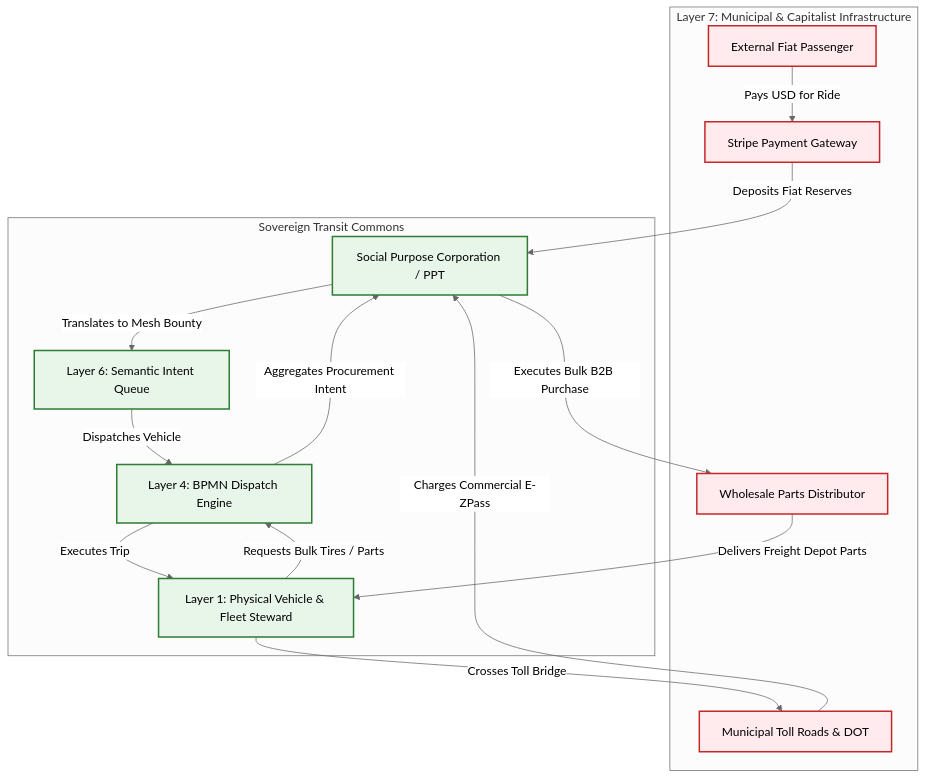
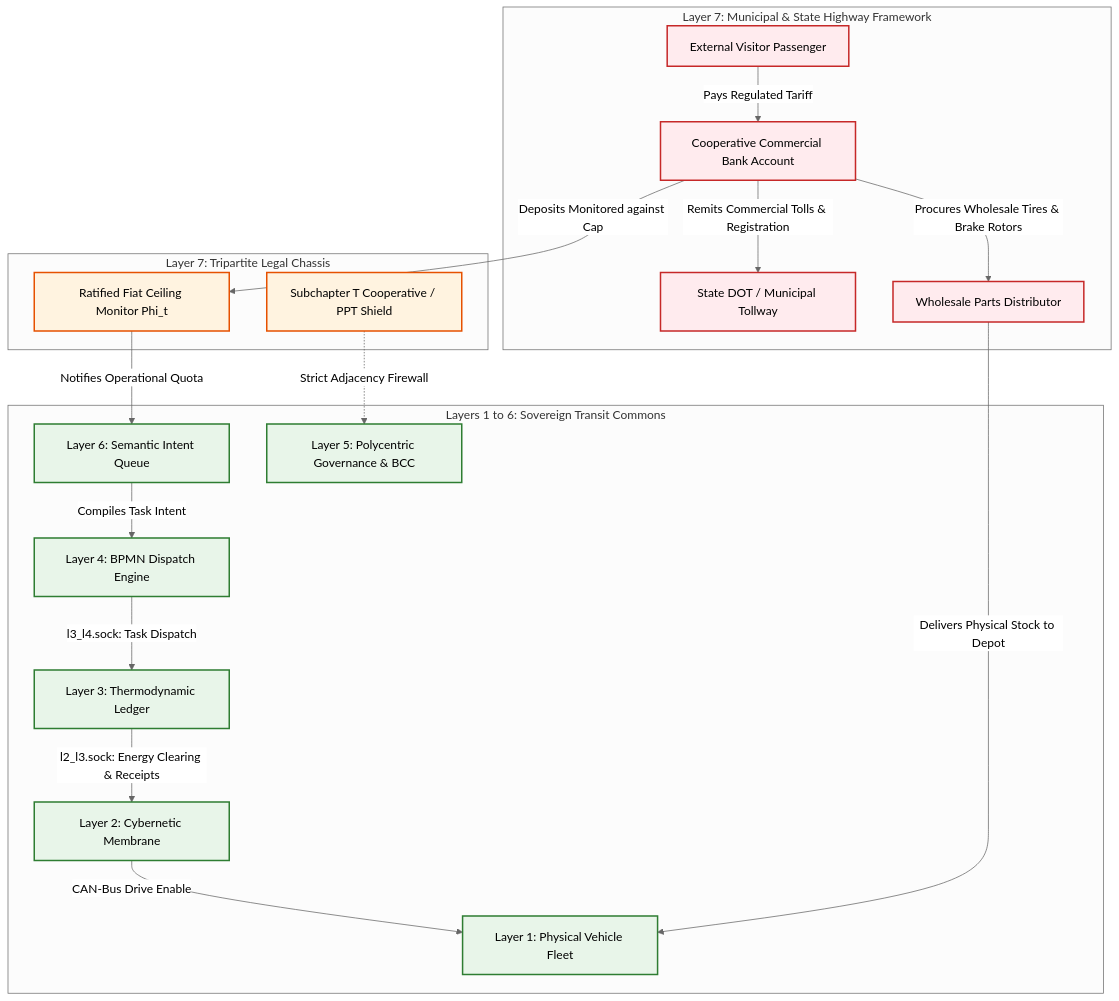
One commit to raffaine/collective changed the fourth of 4 diagrams in docs/scenarios/beta_transit.md. Above: the diagram before and after it, drawn with Mermaid (neutral theme). The commit also changed other lines of this file and 23 other files, not shown here.

````diff
--- a/docs/scenarios/beta_transit.md
+++ b/docs/scenarios/beta_transit.md
@@ -181,36 +205,47 @@
 ```mermaid
 graph TD
-    subgraph Legacy Environment [Layer 7: Municipal & Capitalist Infrastructure]
-        ExtRider[External Fiat Passenger]
-        Stripe[Stripe Payment Gateway]
-        TollAuth[Municipal Toll Roads & DOT]
-        Tier1Supplier[Wholesale Parts Distributor]
+    subgraph Legacy Environment [Layer 7: Municipal & State Highway Framework]
+        ExtPassenger[External Visitor Passenger]
+        LegacyBank[Cooperative Commercial Bank Account]
+        TollAuth[State DOT / Municipal Tollway]
+        WholesaleSupplier[Wholesale Parts Distributor]
     end
 
-    subgraph Sovereign Node [Sovereign Transit Commons]
-        SPC[Social Purpose Corporation / PPT]
+    subgraph Protective Carapace [Layer 7: Tripartite Legal Chassis]
+        CoopEntity[Subchapter T Cooperative / PPT Shield]
+        FiatNeeds[Ratified Fiat Ceiling Monitor Phi_t]
+    end
+
+    subgraph Sovereign Mesh [Layers 1 to 6: Sovereign Transit Commons]
         L6[Layer 6: Semantic Intent Queue]
+        L5[Layer 5: Polycentric Governance & BCC]
         L4[Layer 4: BPMN Dispatch Engine]
-        L1[Layer 1: Physical Vehicle & Fleet Steward]
+        L3[Layer 3: Thermodynamic Ledger]
+        L2[Layer 2: Cybernetic Membrane]
+        L1[Layer 1: Physical Vehicle Fleet]
     end
 
     %% Inbound Fiat Flow
-    ExtRider -->|Pays USD for Ride| Stripe
-    Stripe -->|Deposits Fiat Reserves| SPC
-    SPC -->|Translates to Mesh Bounty| L6
-    L6 -->|Dispatches Vehicle| L4
-    L4 -->|Executes Trip| L1
+    ExtPassenger -->|Pays Regulated Tariff| LegacyBank
+    LegacyBank -->|Deposits Monitored against Cap| FiatNeeds
+    FiatNeeds -->|Notifies Operational Quota| L6
+    L6 -->|Compiles Task Intent| L4
+    L4 -->|l3_l4.sock: Task Dispatch| L3
+    L3 -->|l2_l3.sock: Energy Clearing & Receipts| L2
+    L2 -->|CAN-Bus Drive Enable| L1
 
-    %% Outbound Leeching Flow
-    L1 -->|Crosses Toll Bridge| TollAuth
-    TollAuth -->|Charges Commercial E-ZPass| SPC
-    L1 -->|Requests Bulk Tires / Parts| L4
-    L4 -->|Aggregates Procurement Intent| SPC
-    SPC -->|Executes Bulk B2B Purchase| Tier1Supplier
-    Tier1Supplier -->|Delivers Freight Depot Parts| L1
+    %% Outbound Municipal Obligations
+    LegacyBank -->|Remits Commercial Tolls & Registration| TollAuth
+    LegacyBank -->|Procures Wholesale Tires & Brake Rotors| WholesaleSupplier
+    WholesaleSupplier -->|Delivers Physical Stock to Depot| L1
+
+    %% Boundary Isolation
+    CoopEntity -.->|Strict Adjacency Firewall| L5
 
     classDef legacy fill:#ffebee,stroke:#c62828,stroke-width:2px;
+    classDef carapace fill:#fff3e0,stroke:#e65100,stroke-width:2px;
     classDef sovereign fill:#e8f5e9,stroke:#2e7d32,stroke-width:2px;
-    class ExtRider,Stripe,TollAuth,Tier1Supplier legacy;
-    class SPC,L6,L4,L1 sovereign;
+    class ExtPassenger,LegacyBank,TollAuth,WholesaleSupplier legacy;
+    class CoopEntity,FiatNeeds carapace;
+    class L6,L5,L4,L3,L2,L1 sovereign;
 ```
````
